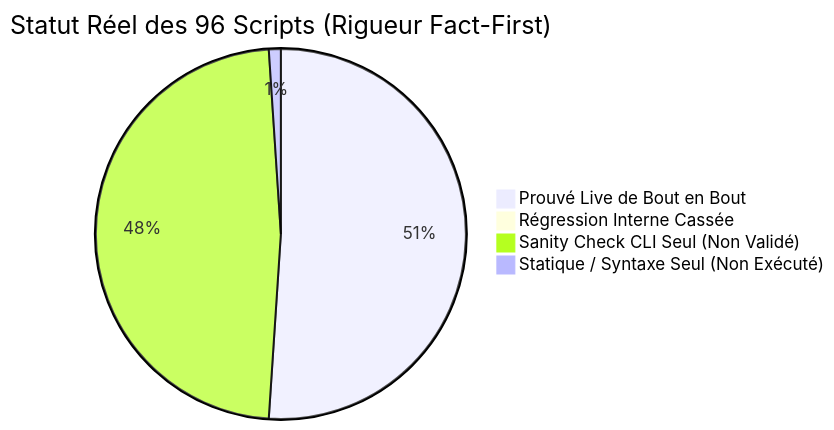
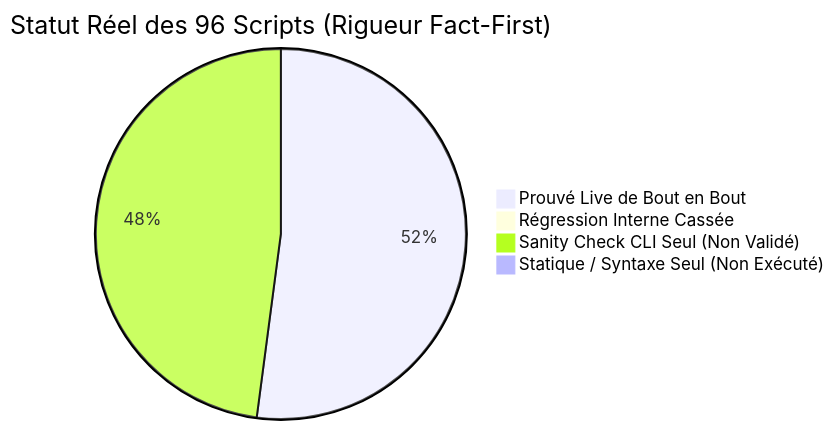
The diagram in docs/reference/2026-11-10-audit-exhaustif-scripts-regressions.md (yoyonel/pydbsrt), drawn with Mermaid before and after one commit. The commit also changed other lines of this file and 2 other files, not shown here.

````diff
--- a/docs/reference/2026-11-10-audit-exhaustif-scripts-regressions.md
+++ b/docs/reference/2026-11-10-audit-exhaustif-scripts-regressions.md
@@ -16,7 +16,7 @@
 ```mermaid
 pie title Statut Réel des 96 Scripts (Rigueur Fact-First)
-    "Prouvé Live de Bout en Bout" : 49
+    "Prouvé Live de Bout en Bout" : 50
     "Régression Interne Cassée" : 0
     "Sanity Check CLI Seul (Non Validé)" : 46
-    "Statique / Syntaxe Seul (Non Exécuté)" : 1
+    "Statique / Syntaxe Seul (Non Exécuté)" : 0
 ```
````
